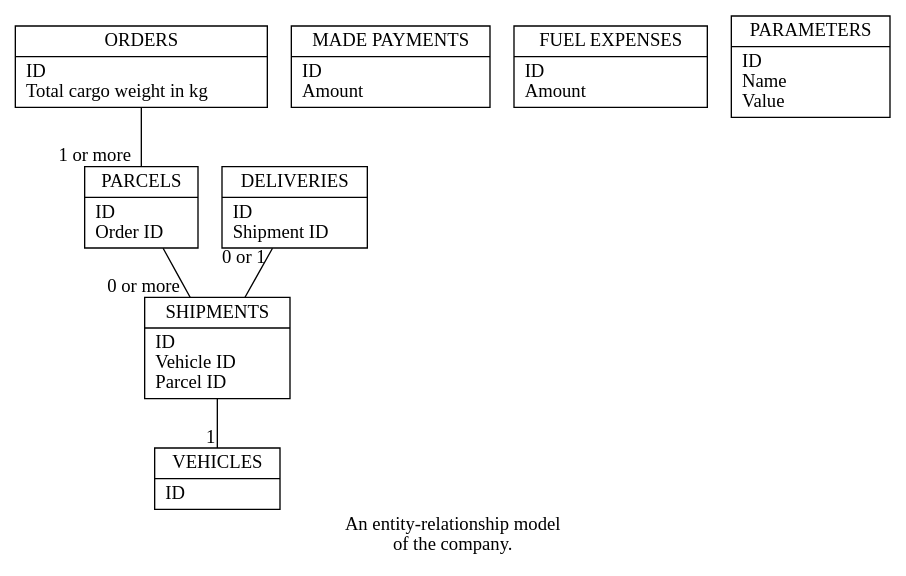
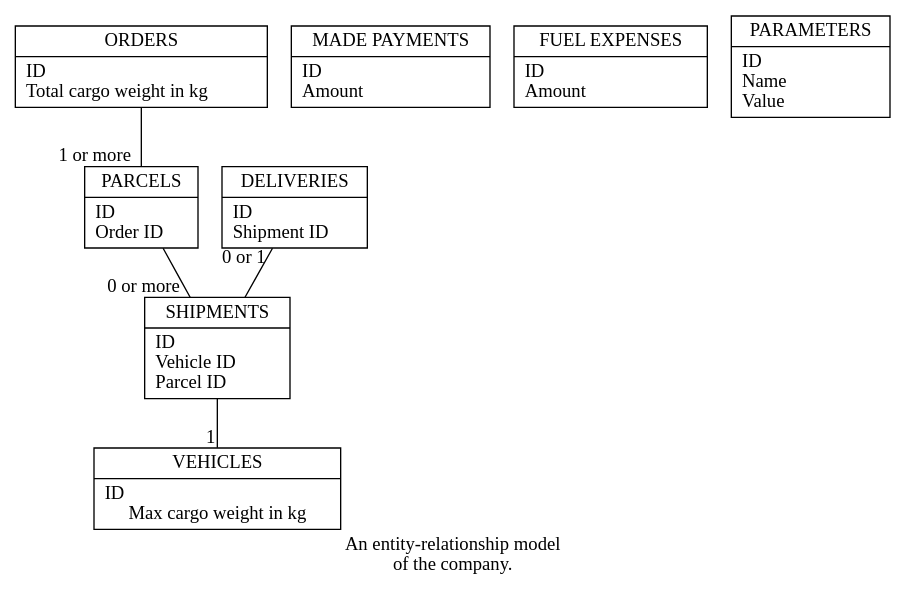
One commit to decision-making-mike/transport-company changed the diagram in database/er-model.dot. Above: the diagram before and after it, drawn with Graphviz. The commit also changed 3 other files, not shown here.

```diff
--- a/database/er-model.dot
+++ b/database/er-model.dot
@@ -1,41 +1,41 @@
 digraph
 {
     label = "An entity-relationship model\nof the company."
 
     node
         [ shape = "record" ]
     edge
         [ arrowhead = "none" ]
 
     orders
         [ label = "{ORDERS|ID\lTotal cargo weight in kg\l}" ]
 
     vehicles
-        [ label = "{VEHICLES|ID\l}" ]
+        [ label = "{VEHICLES|ID\lMax cargo weight in kg}" ]
 
     made_payments
         [ label = "{MADE PAYMENTS|ID\lAmount\l}" ]
 
     fuel_expenses
         [ label = "{FUEL EXPENSES|ID\lAmount\l}" ]
 
     deliveries
         [ label = "{DELIVERIES|ID\lShipment ID\l}" ]
     deliveries -> shipments
         [ taillabel = "0 or 1" ]
 
     shipments
         [ label = "{SHIPMENTS|ID\lVehicle ID\lParcel ID\l}" ]
     shipments -> vehicles
         [ headlabel = "1" ]
     parcels -> shipments
         [ headlabel = "0 or more" ]
 
     parcels
         [ label = "{PARCELS|ID\lOrder ID\l}" ]
     orders -> parcels
         [ headlabel = "1 or more" ]
 
     parameters
         [ label = "{PARAMETERS|ID\lName\lValue\l}" ]
 }
```
